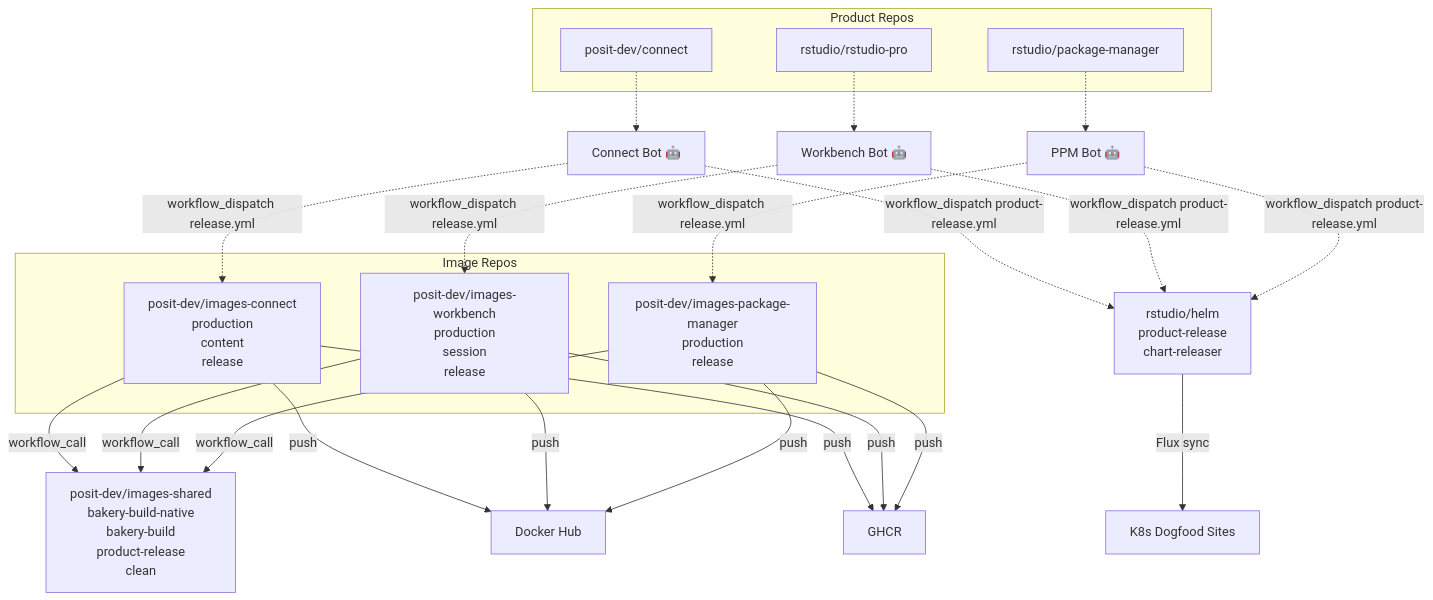
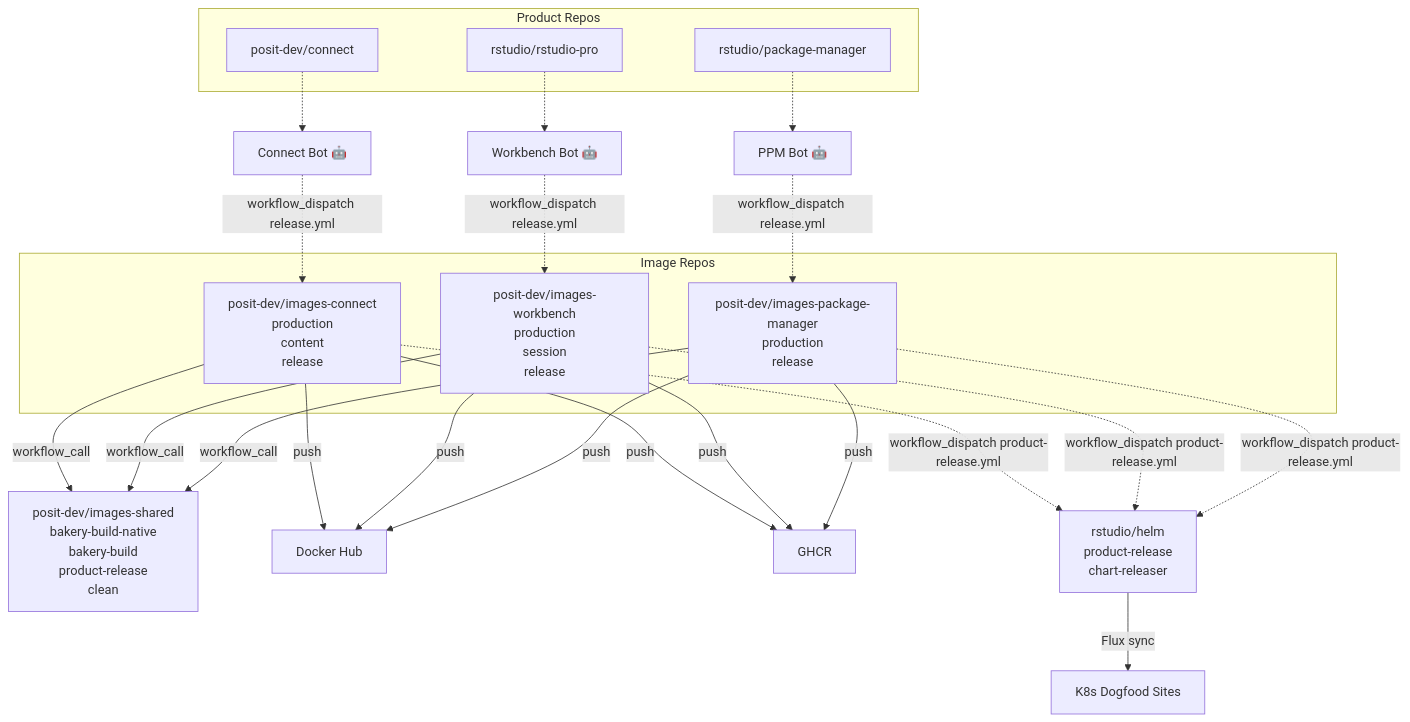
The second of 3 diagrams in docs/cross-repo-dag.md (posit-dev/images-shared), drawn with Mermaid before and after one commit.

Commit message:
Dispatch helm from image repos, not bot nodes
Product bots dispatch to helm from within the image repo workflows
after a successful build, keeping the token scope and provenance
chain unified per product.

````diff
--- a/docs/cross-repo-dag.md
+++ b/docs/cross-repo-dag.md
@@ -48,51 +48,51 @@
 ```mermaid
 graph TD
     subgraph "Product Repos"
         CONNECT_PROD["posit-dev/connect"]
         WORKBENCH_PROD["rstudio/rstudio-pro"]
         PPM_PROD["rstudio/package-manager"]
     end
 
     CONNECT_BOT["Connect Bot 🤖"]
     WORKBENCH_BOT["Workbench Bot 🤖"]
     PPM_BOT["PPM Bot 🤖"]
 
     CONNECT_PROD -.-> CONNECT_BOT
     WORKBENCH_PROD -.-> WORKBENCH_BOT
     PPM_PROD -.-> PPM_BOT
 
     CONNECT_BOT -.->|"workflow_dispatch release.yml"| IMG_CONNECT
     WORKBENCH_BOT -.->|"workflow_dispatch release.yml"| IMG_WORKBENCH
     PPM_BOT -.->|"workflow_dispatch release.yml"| IMG_PM
 
     subgraph "Image Repos"
         IMG_CONNECT["posit-dev/images-connect<br/>production<br/>content<br/>release"]
         IMG_WORKBENCH["posit-dev/images-workbench<br/>production<br/>session<br/>release"]
         IMG_PM["posit-dev/images-package-manager<br/>production<br/>release"]
     end
 
     IMG_CONNECT -->|workflow_call| SHARED
     IMG_WORKBENCH -->|workflow_call| SHARED
     IMG_PM -->|workflow_call| SHARED
 
     SHARED["posit-dev/images-shared<br/>bakery-build-native<br/>bakery-build<br/>product-release<br/>clean"]
 
     IMG_CONNECT -->|push| DOCKERHUB
     IMG_CONNECT -->|push| GHCR
     IMG_WORKBENCH -->|push| DOCKERHUB
     IMG_WORKBENCH -->|push| GHCR
     IMG_PM -->|push| DOCKERHUB
     IMG_PM -->|push| GHCR
 
     DOCKERHUB["Docker Hub"]
     GHCR["GHCR"]
 
-    CONNECT_BOT -.->|"workflow_dispatch product-release.yml"| HELM
-    WORKBENCH_BOT -.->|"workflow_dispatch product-release.yml"| HELM
-    PPM_BOT -.->|"workflow_dispatch product-release.yml"| HELM
+    IMG_CONNECT -.->|"workflow_dispatch product-release.yml"| HELM
+    IMG_WORKBENCH -.->|"workflow_dispatch product-release.yml"| HELM
+    IMG_PM -.->|"workflow_dispatch product-release.yml"| HELM
 
     HELM["rstudio/helm<br/>product-release<br/>chart-releaser"]
     HELM -->|Flux sync| K8S
 
     K8S["K8s Dogfood Sites"]
 ```
````
